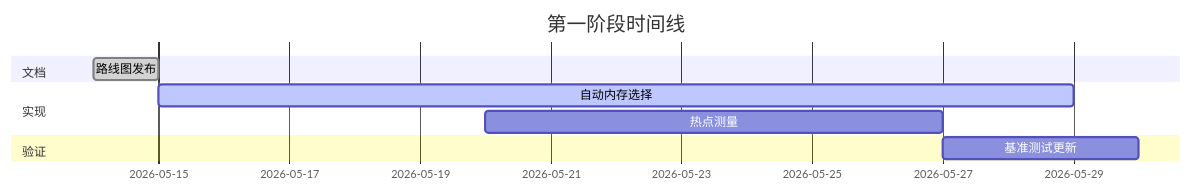
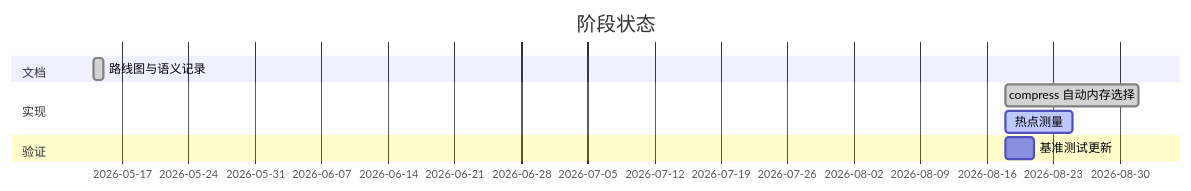
Before and after one commit to open-genomics/fq-compressor-rust: the second of 3 diagrams in docs/architecture/performance-roadmap.md, drawn with Mermaid. The commit also changed other lines of this file and 47 other files, not shown here.

````diff
--- a/docs/architecture/performance-roadmap.md
+++ b/docs/architecture/performance-roadmap.md
@@ -42,12 +42,12 @@
 ```mermaid
 gantt
-    title 第一阶段时间线
+    title 阶段状态
     dateFormat  YYYY-MM-DD
     section 文档
-    路线图发布     :done, 2026-05-14, 1d
+    路线图与语义记录     :done, 2026-05-14, 1d
     section 实现
-    自动内存选择   :active, 2026-05-15, 14d
-    热点测量       :2026-05-20, 7d
+    compress 自动内存选择   :done, 2026-08-18, 14d
+    热点测量       :active, 2026-08-18, 7d
     section 验证
-    基准测试更新   :2026-05-27, 3d
+    基准测试更新   :2026-08-18, 3d
 ```
````
